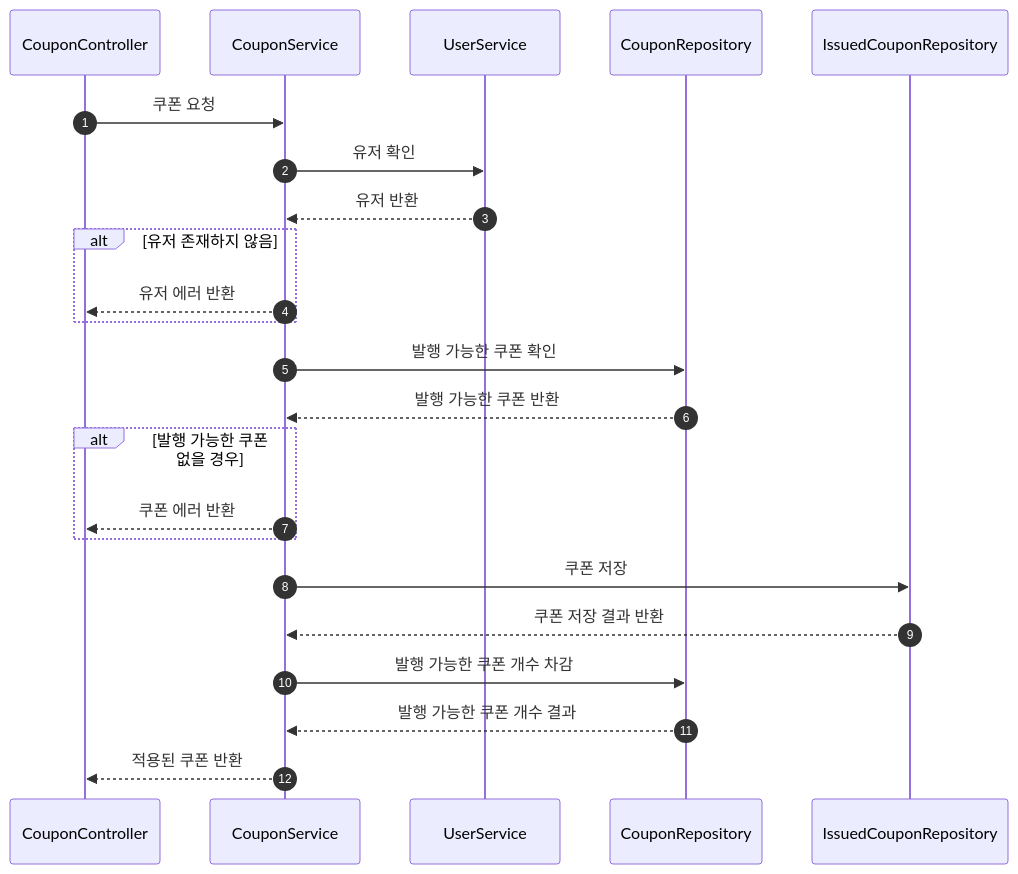
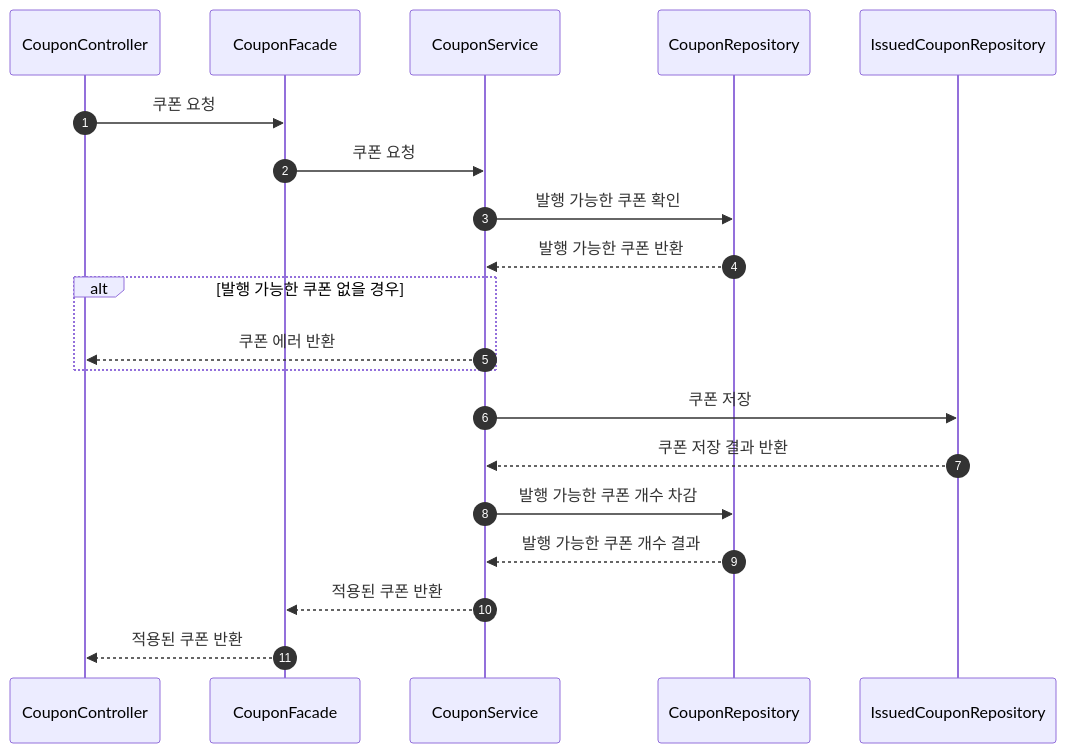
Before and after one commit to tre2man/hhplus-commerce: the sixth of 7 diagrams in docs/sequence/시퀀스_다이어그램.md, drawn with Mermaid. The commit also changed other lines of this file, not shown here.

Commit message:
document: 유저 조회하는 플로우 삭제

````diff
--- a/docs/sequence/시퀀스_다이어그램.md
+++ b/docs/sequence/시퀀스_다이어그램.md
@@ -142,26 +144,23 @@
 ```mermaid
 sequenceDiagram
     autonumber
     participant CouponController
+    participant CouponFacade
     participant CouponService
-    participant UserService
     participant CouponRepository
     participant IssuedCouponRepository
 
-    CouponController->>CouponService: 쿠폰 요청
-    CouponService->>UserService: 유저 확인
-    UserService-->>CouponService: 유저 반환
-    alt 유저 존재하지 않음
-        CouponService-->>CouponController: 유저 에러 반환
-    end
+    CouponController->>CouponFacade: 쿠폰 요청
+    CouponFacade->>CouponService: 쿠폰 요청
     CouponService->>CouponRepository: 발행 가능한 쿠폰 확인
     CouponRepository-->>CouponService: 발행 가능한 쿠폰 반환
     alt 발행 가능한 쿠폰 없을 경우
         CouponService-->>CouponController: 쿠폰 에러 반환
     end
     CouponService->>IssuedCouponRepository: 쿠폰 저장
     IssuedCouponRepository-->>CouponService: 쿠폰 저장 결과 반환
     CouponService->>CouponRepository: 발행 가능한 쿠폰 개수 차감
     CouponRepository-->>CouponService: 발행 가능한 쿠폰 개수 결과
-    CouponService-->>CouponController: 적용된 쿠폰 반환
+    CouponService-->>CouponFacade: 적용된 쿠폰 반환
+    CouponFacade-->>CouponController: 적용된 쿠폰 반환
 ```
````
